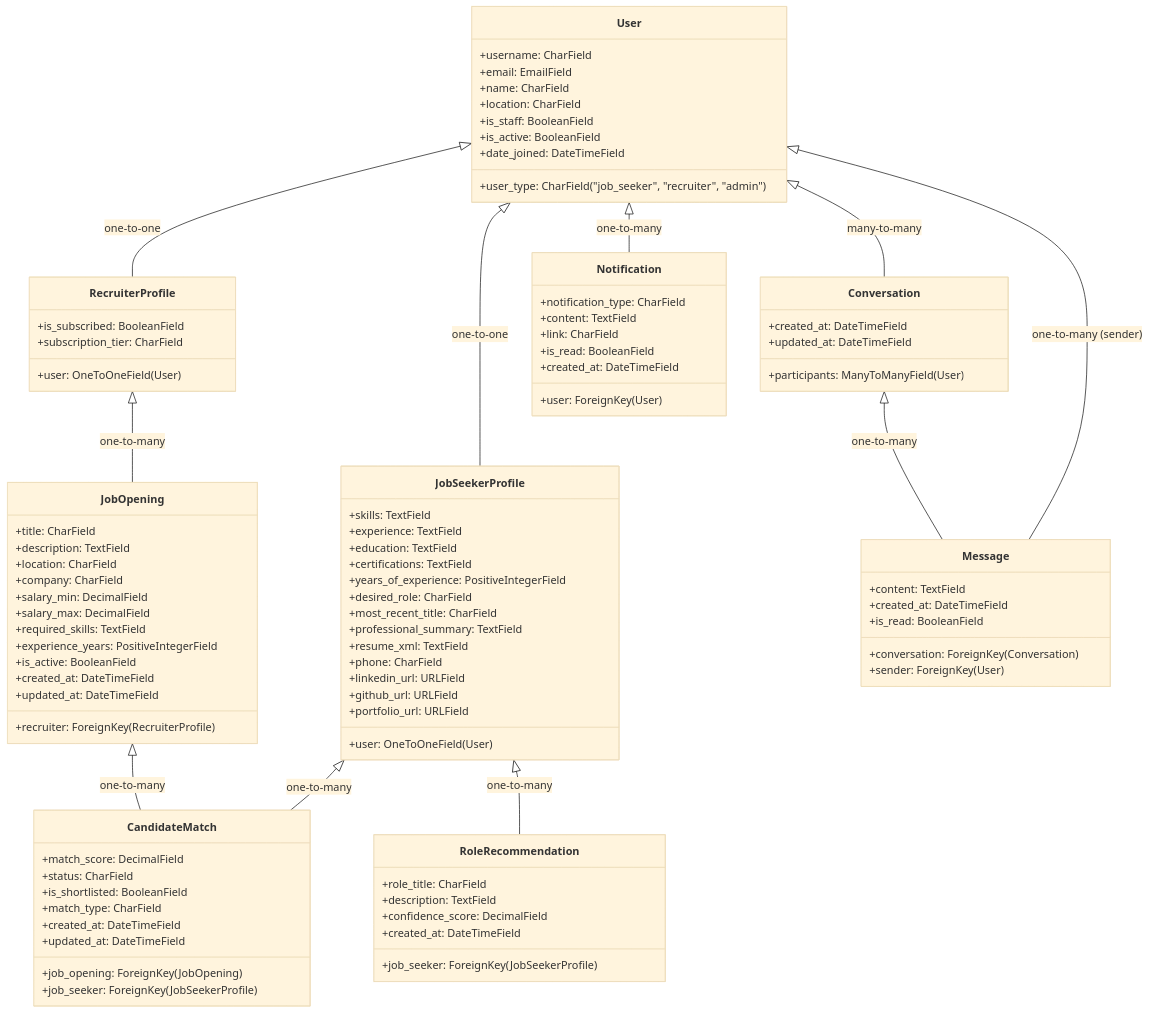
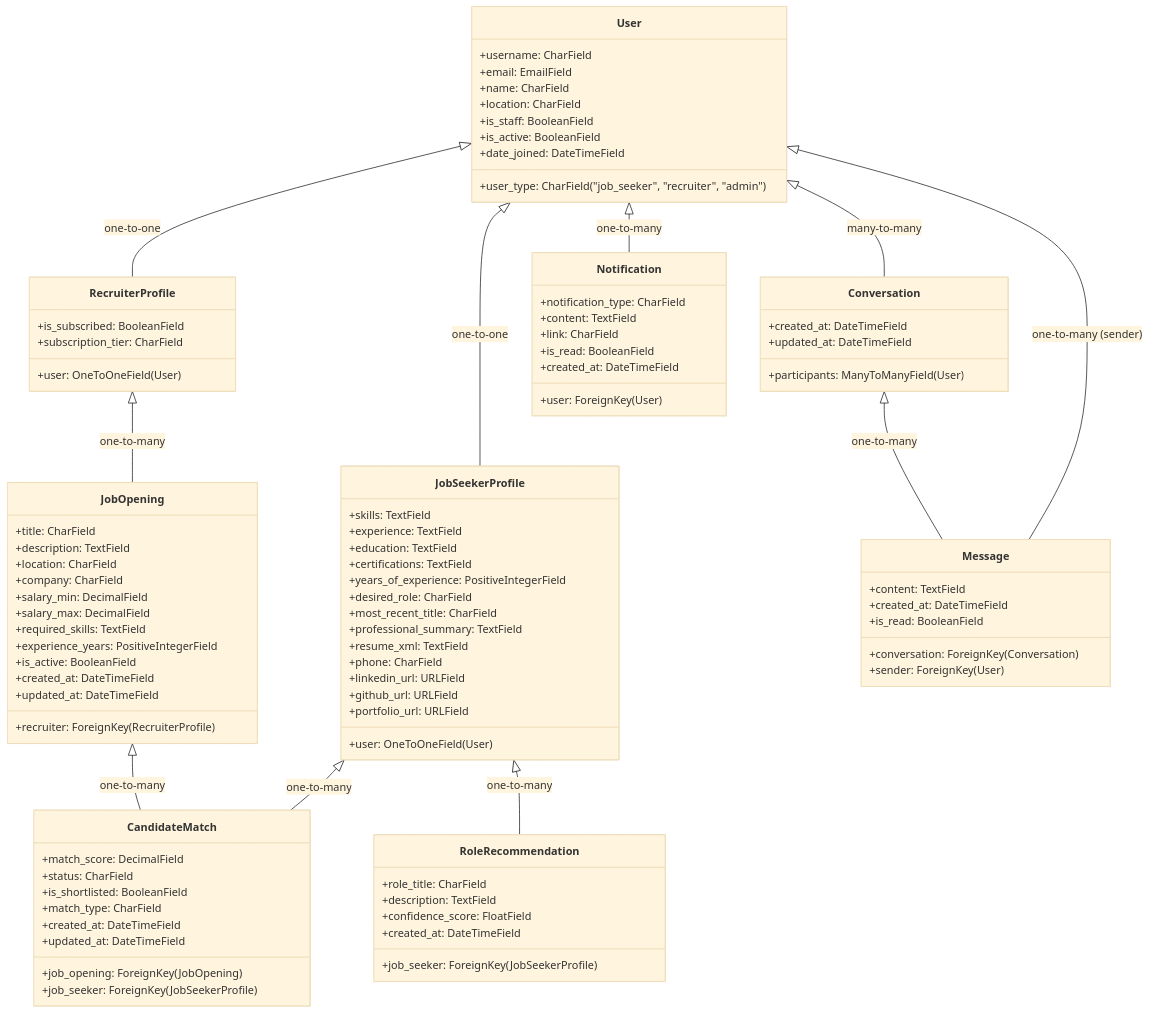
The diagram in docs/MODELS.md (btfranklin/hiredar-saas-archive), drawn with Mermaid (base theme) before and after one commit. The commit also changed other lines of this file and 2 other files, not shown here.

Commit message:
Refactor job seeker dashboard views and update documentation
- Removed the import of `JobSeekerProfile` from `dashboard_views.py` to streamline the code.
- Updated `APP_STRUCTURE.md` and `MODELS.md` documentation to reflect the role of `RoleRecommendation` in the application, including its fields and business rules.
- Enhanced clarity in the documentation regarding the organization of views and models related to job seekers.

```diff
--- a/docs/MODELS.md
+++ b/docs/MODELS.md
@@ -81,7 +81,7 @@
         +job_seeker: ForeignKey(JobSeekerProfile)
         +role_title: CharField
         +description: TextField
-        +confidence_score: DecimalField
+        +confidence_score: FloatField
         +created_at: DateTimeField
     }
     
```
